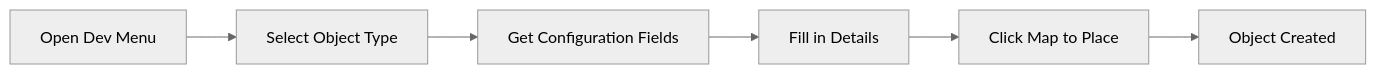
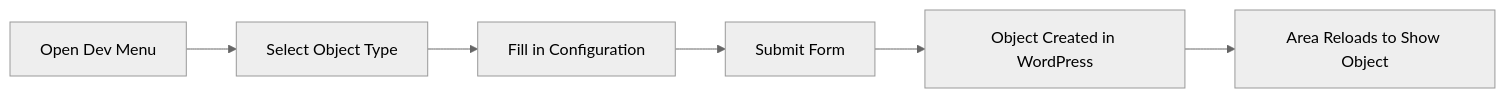
The diagram in docs/developer-mode.md (storebloom/orbem-studio), drawn with Mermaid (neutral theme) before and after one commit. The commit also changed other lines of this file and 19 other files, not shown here.

````diff
--- a/docs/developer-mode.md
+++ b/docs/developer-mode.md
@@ -169,8 +174,8 @@
 ```mermaid
 graph LR
     Menu[Open Dev Menu] --> Select[Select Object Type]
-    Select --> Fields[Get Configuration Fields]
-    Fields --> Fill[Fill in Details]
-    Fill --> Place[Click Map to Place]
-    Place --> Save[Object Created]
+    Select --> Fields[Fill in Configuration]
+    Fields --> Submit[Submit Form]
+    Submit --> Save[Object Created in WordPress]
+    Save --> Refresh[Area Reloads to Show Object]
 ```
````
